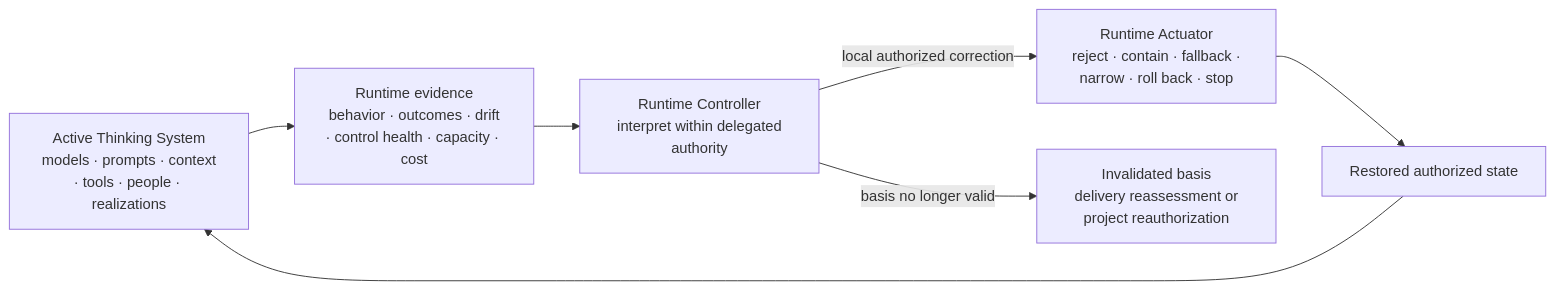
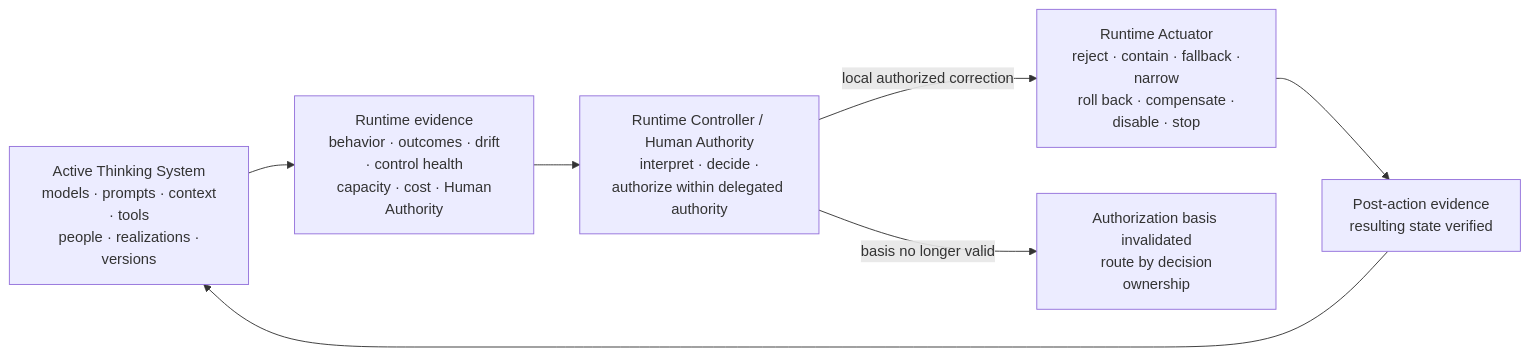
Before and after one commit to UncertaintyArchitectureGroup/uncertainty-architecture: diagram 13 of 15 in content/research/notes/open-engineering-specification-article-draft.md, drawn with Mermaid. The commit also changed other lines of this file and 1 other file, not shown here.

````diff
--- a/content/research/notes/open-engineering-specification-article-draft.md
+++ b/content/research/notes/open-engineering-specification-article-draft.md
@@ -652,13 +715,13 @@
 ```mermaid
 flowchart LR
-    SYS["Active Thinking System<br/> models · prompts · context · tools · people · realizations"]
-    OBS["Runtime evidence<br/> behavior · outcomes · drift · control health · capacity · cost"]
-    CTRL["Runtime Controller<br/> interpret within delegated authority"]
-    ACT["Runtime Actuator<br/> reject · contain · fallback · narrow · roll back · stop"]
-    REST["Restored authorized state"]
-    ESC["Invalidated basis<br/> delivery reassessment or project reauthorization"]
+    SYS["Active Thinking System<br/> models · prompts · context · tools<br/> people · realizations · versions"]
+    OBS["Runtime evidence<br/> behavior · outcomes · drift · control health<br/> capacity · cost · Human Authority"]
+    CTRL["Runtime Controller / Human Authority<br/> interpret · decide · authorize within delegated authority"]
+    ACT["Runtime Actuator<br/> reject · contain · fallback · narrow<br/> roll back · compensate · disable · stop"]
+    VERIFY["Post-action evidence<br/> resulting state verified"]
+    ESC["Authorization basis invalidated<br/> route by decision ownership"]
 
     SYS --> OBS --> CTRL
-    CTRL -->|local authorized correction| ACT --> REST --> SYS
+    CTRL -->|local authorized correction| ACT --> VERIFY --> SYS
     CTRL -->|basis no longer valid| ESC
 ```
````
